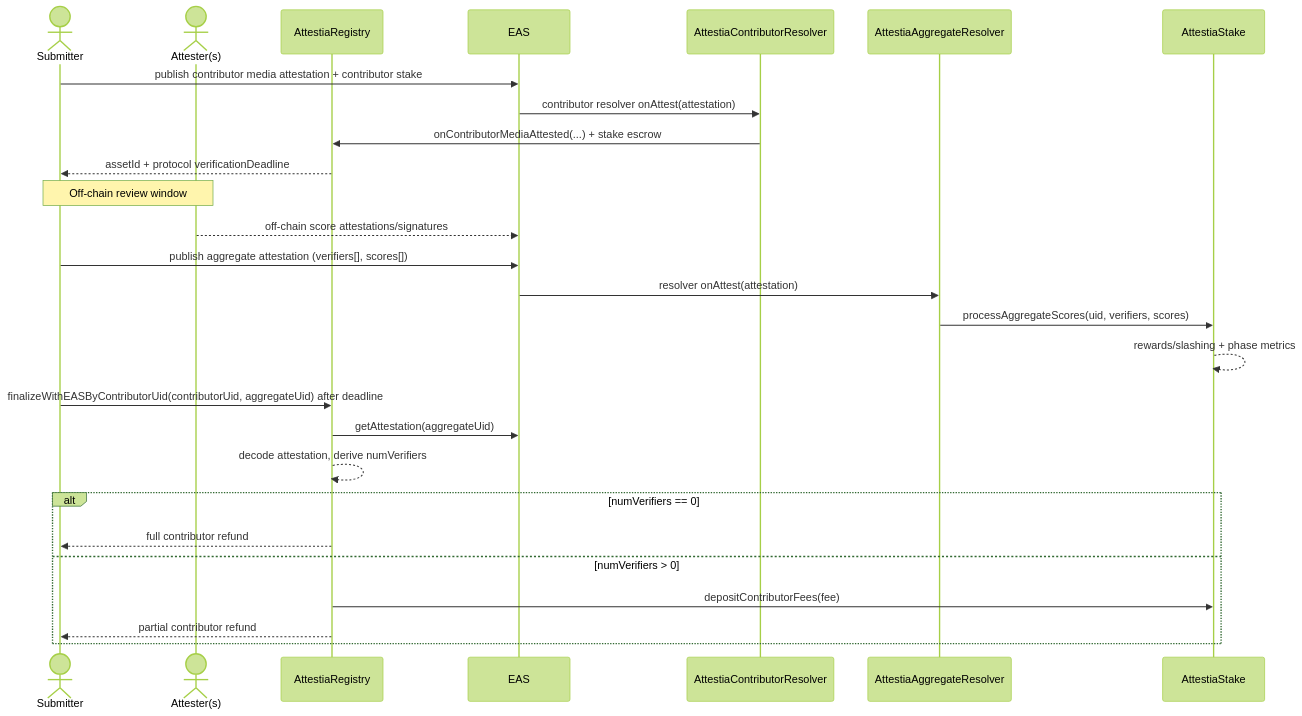
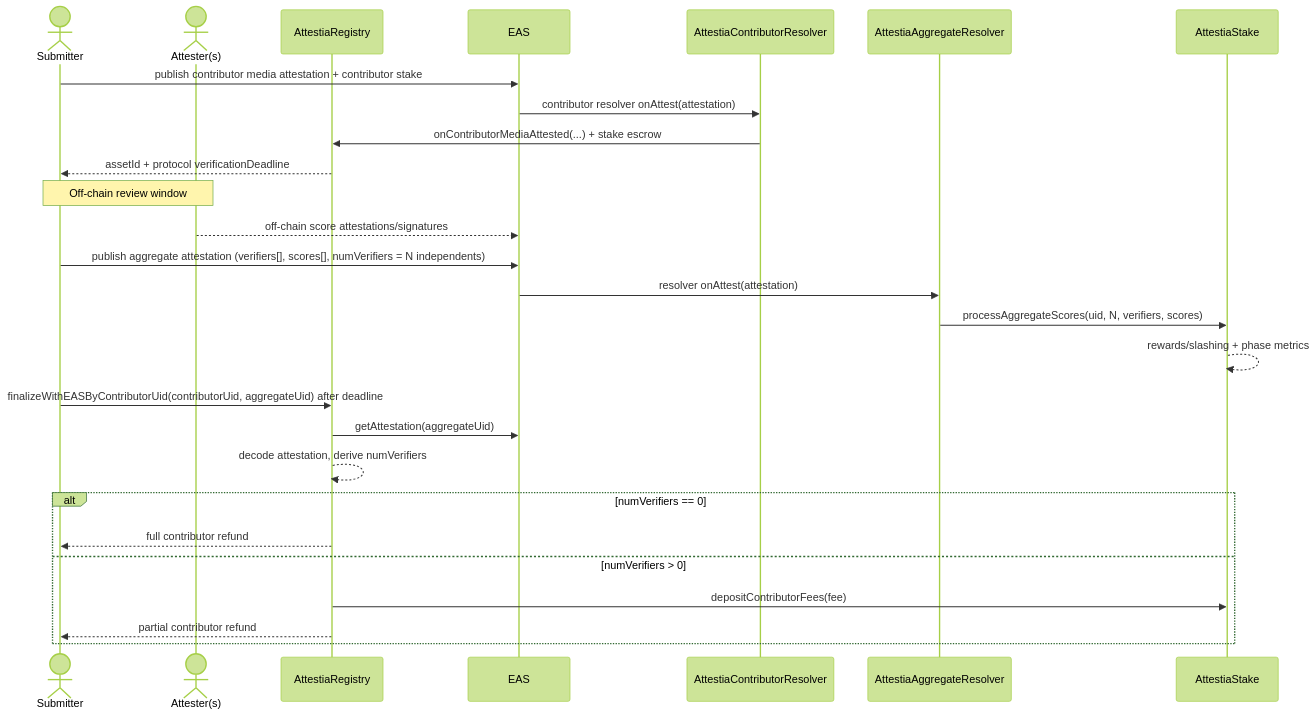
Before and after one commit to attestiaprotocol/contracts: the first of 2 diagrams in README.md, drawn with Mermaid (forest theme). The commit also changed other lines of this file and 10 other files, not shown here.

````diff
--- a/README.md
+++ b/README.md
@@ -17,32 +17,32 @@
 ```mermaid
 sequenceDiagram
     actor S as Submitter
     actor A as Attester(s)
     participant R as AttestiaRegistry
     participant E as EAS
     participant C as AttestiaContributorResolver
     participant V as AttestiaAggregateResolver
     participant K as AttestiaStake
 
     S->>E: publish contributor media attestation + contributor stake
     E->>C: contributor resolver onAttest(attestation)
     C->>R: onContributorMediaAttested(...) + stake escrow
     R-->>S: assetId + protocol verificationDeadline
     Note over S,A: Off-chain review window
     A-->>E: off-chain score attestations/signatures
 
-    S->>E: publish aggregate attestation (verifiers[], scores[])
+    S->>E: publish aggregate attestation (verifiers[], scores[], numVerifiers = N independents)
     E->>V: resolver onAttest(attestation)
-    V->>K: processAggregateScores(uid, verifiers, scores)
+    V->>K: processAggregateScores(uid, N, verifiers, scores)
     K-->>K: rewards/slashing + phase metrics
 
     S->>R: finalizeWithEASByContributorUid(contributorUid, aggregateUid) after deadline
     R->>E: getAttestation(aggregateUid)
     R-->>R: decode attestation, derive numVerifiers
     alt numVerifiers == 0
       R-->>S: full contributor refund
     else numVerifiers > 0
       R->>K: depositContributorFees(fee)
       R-->>S: partial contributor refund
     end
 ```
````
